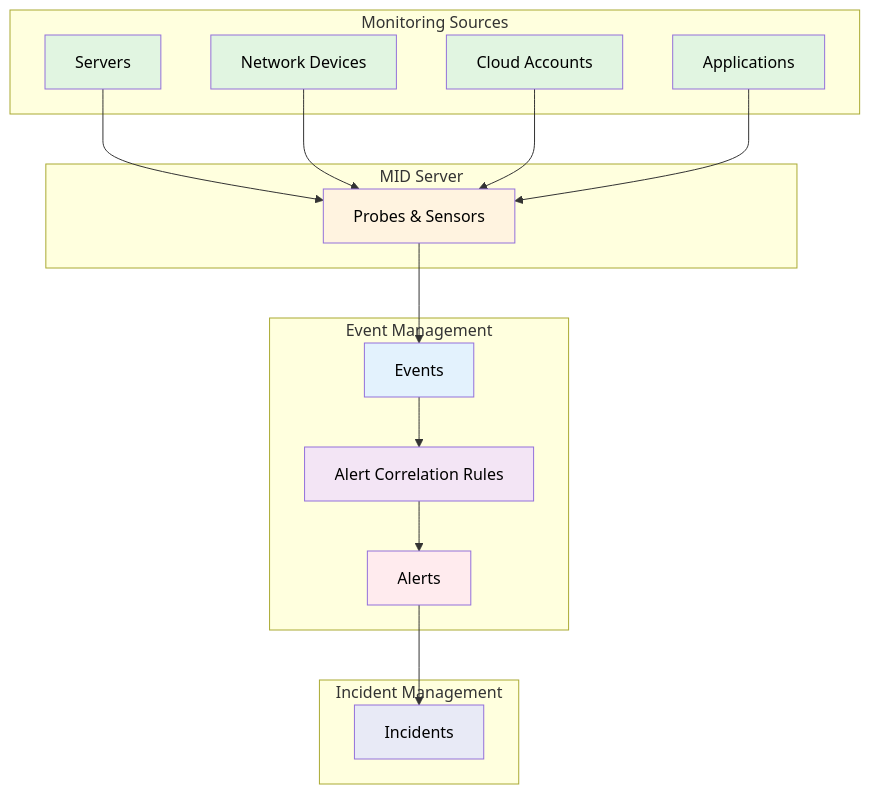
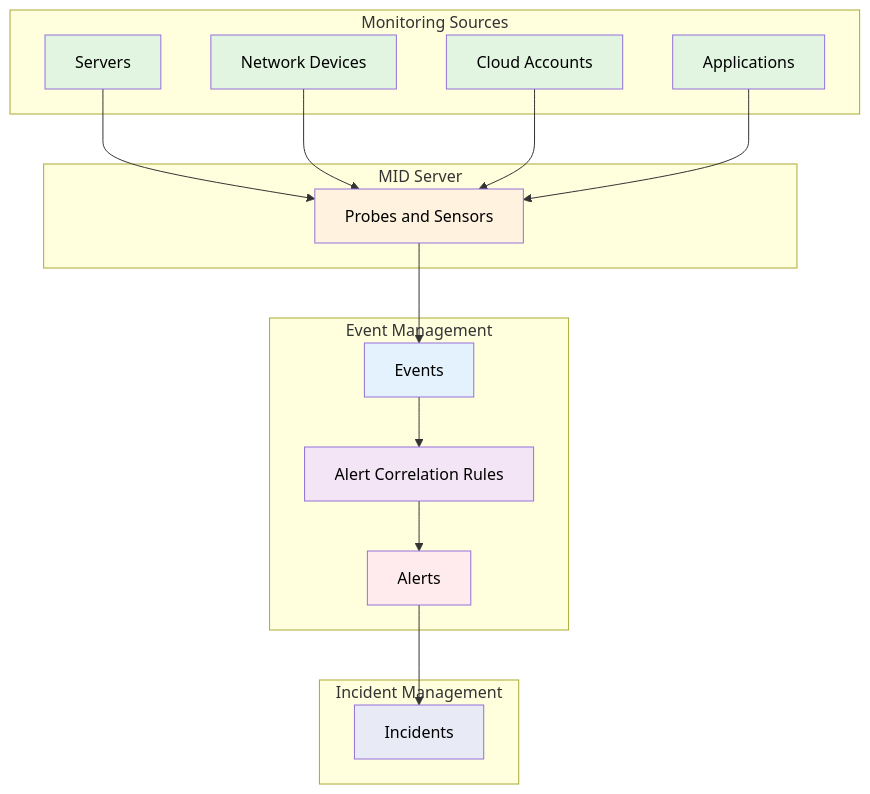
The fourth of 5 diagrams in docs/modules/itom/itom-guide.md (eltonaguiar/ServiceNow_Learning_TSOM-_CSM_FSM_SalesCRM_HAM_ITSM), drawn with Mermaid before and after one commit. The commit also changed other lines of this file and 19 other files, not shown here.

Commit message:
Fix all Mermaid diagram special characters - replace dollar, parens, slashes, quotes, pipes, nested brackets and other unsafe chars inside brackets with safe alternatives across 19 files

````diff
--- a/docs/modules/itom/itom-guide.md
+++ b/docs/modules/itom/itom-guide.md
@@ -566,39 +566,39 @@
 ```mermaid
 graph TD
     subgraph "Monitoring Sources"
         A[Servers]
         B[Network Devices]
         C[Cloud Accounts]
         D[Applications]
     end
     subgraph "MID Server"
-        E[Probes & Sensors]
+        E[Probes  and  Sensors]
     end
     subgraph "Event Management"
         F[Events]
         G[Alert Correlation Rules]
         H[Alerts]
     end
     subgraph "Incident Management"
         I[Incidents]
     end
 
     A --> E
     B --> E
     C --> E
     D --> E
     E --> F
     F --> G
     G --> H
     H --> I
 
     style A fill:#e1f5e1,color:#000
     style B fill:#e1f5e1,color:#000
     style C fill:#e1f5e1,color:#000
     style D fill:#e1f5e1,color:#000
     style E fill:#fff3e0,color:#000
     style F fill:#e3f2fd,color:#000
     style G fill:#f3e5f5,color:#000
     style H fill:#ffebee,color:#000
     style I fill:#e8eaf6,color:#000
 ```
````
